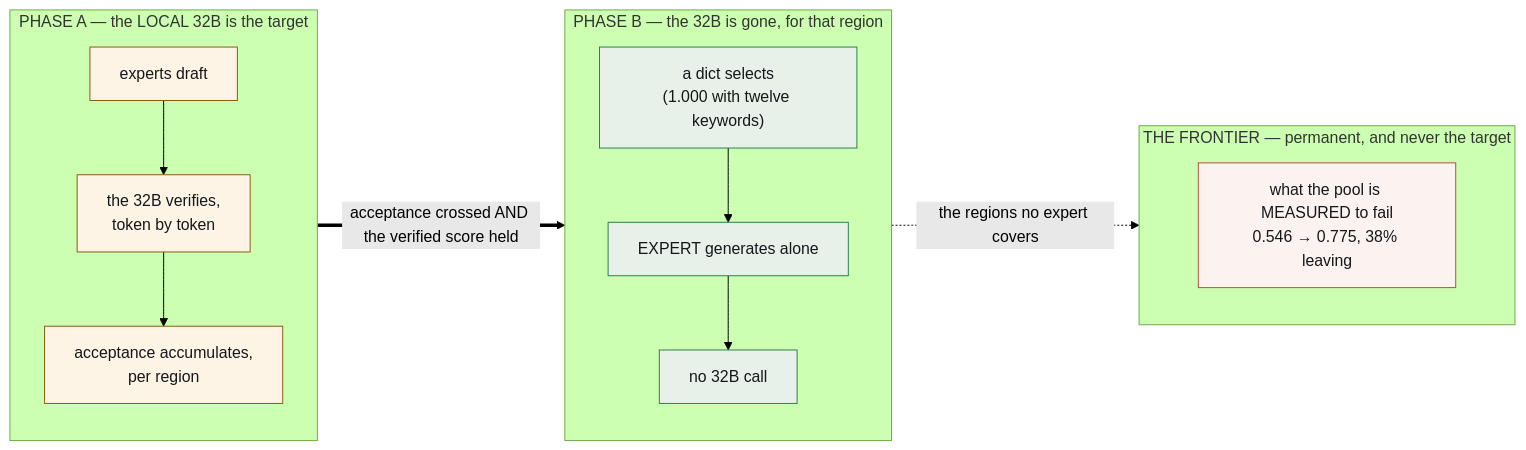
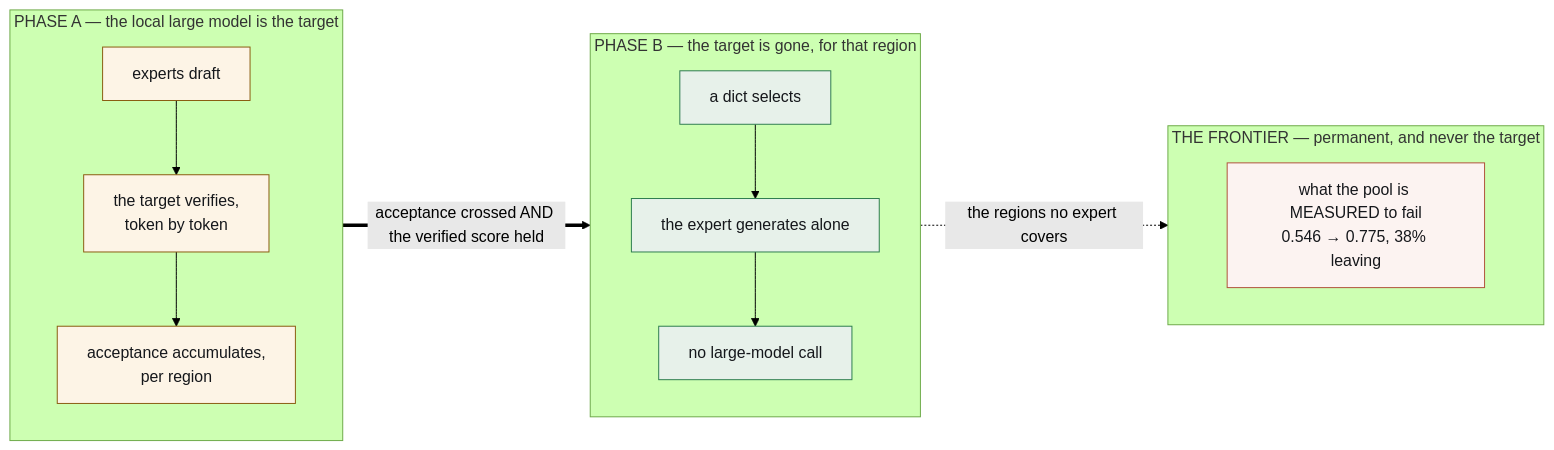
The second of 2 diagrams in README.md (EvolvingAgentsLabs/lora-kernel), drawn with Mermaid (forest theme) before and after one commit. The commit also changed other lines of this file and 7 other files, not shown here.

````diff
--- a/README.md
+++ b/README.md
@@ -200,24 +257,24 @@
 ```mermaid
 flowchart LR
-    subgraph PA["PHASE A — the LOCAL 32B is the target"]
+    subgraph PA["PHASE A — the local large model is the target"]
         direction TB
-        A1["experts draft"] --> A2["the 32B verifies,<br>token by token"] --> A3["acceptance accumulates,<br>per region"]
+        A1["experts draft"] --> A2["the target verifies,<br>token by token"] --> A3["acceptance accumulates,<br>per region"]
     end
-    subgraph PB["PHASE B — the 32B is gone, for that region"]
+    subgraph PB["PHASE B — the target is gone, for that region"]
         direction TB
-        B1["a dict selects<br>(1.000 with twelve keywords)"] --> B2["EXPERT generates alone"] --> B3["no 32B call"]
+        B1["a dict selects"] --> B2["the expert generates alone"] --> B3["no large-model call"]
     end
     subgraph FR["THE FRONTIER — permanent, and never the target"]
         direction TB
         F1["what the pool is MEASURED to fail<br>0.546 → 0.775, 38% leaving"]
     end
     PA == "acceptance crossed AND the verified score held" ==> PB
     PB -. "the regions no expert covers" .-> FR
 
     classDef a fill:#FDF4E6,stroke:#8A5C10,color:#15171B
     classDef b fill:#E7F1EA,stroke:#2E7D4F,color:#15171B
+    classDef f fill:#FCF3F1,stroke:#B0523C,color:#15171B
     class A1,A2,A3 a
     class B1,B2,B3 b
     class F1 f
-    classDef f fill:#FCF3F1,stroke:#B0523C,color:#15171B
 ```
````
